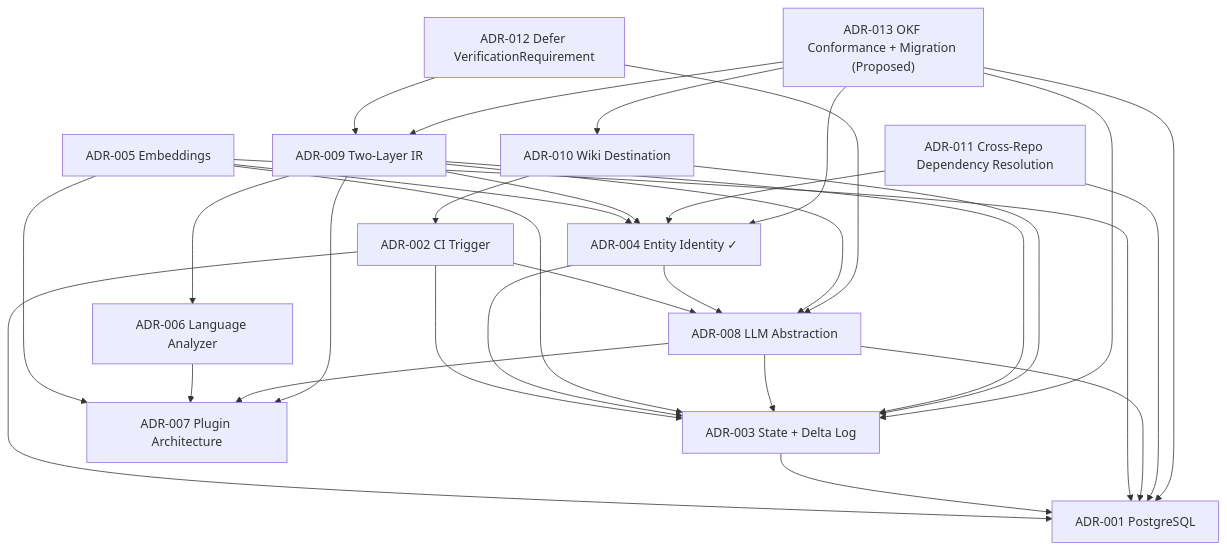
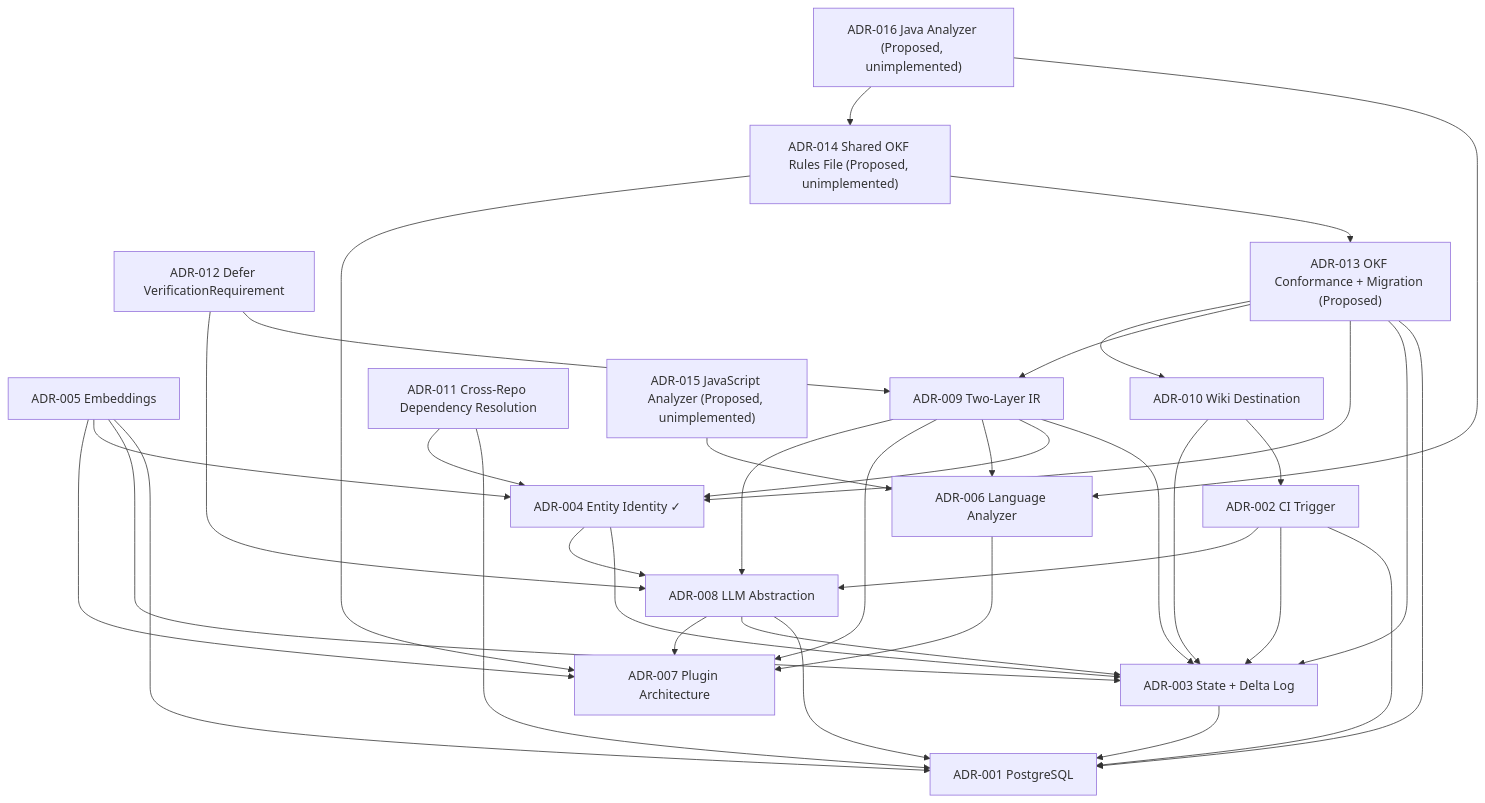
Before and after one commit to kushal-omnius/open-knowledge-compiler: the diagram in docs/decisions/index.md, drawn with Mermaid. The commit also changed other lines of this file and 6 other files, not shown here.

First line of the commit message:
Record three unimplemented ADRs: shared OKF rules file, JS/Java analyzers

````diff
--- a/docs/decisions/index.md
+++ b/docs/decisions/index.md
@@ -115,33 +139,38 @@
 ```mermaid
 graph TD
     ADR002["ADR-002 CI Trigger"] --> ADR001["ADR-001 PostgreSQL"]
     ADR002 --> ADR003["ADR-003 State + Delta Log"]
     ADR002 --> ADR008["ADR-008 LLM Abstraction"]
     ADR003 --> ADR001
     ADR004["ADR-004 Entity Identity ✓"] --> ADR003
     ADR004 --> ADR008
     ADR005["ADR-005 Embeddings"] --> ADR001
     ADR005 --> ADR003
     ADR005 --> ADR004
     ADR005 --> ADR007["ADR-007 Plugin Architecture"]
     ADR006["ADR-006 Language Analyzer"] --> ADR007
     ADR008 --> ADR001
     ADR008 --> ADR003
     ADR008 --> ADR007
     ADR009["ADR-009 Two-Layer IR"] --> ADR003
     ADR009 --> ADR004
     ADR009 --> ADR006
     ADR009 --> ADR007
     ADR009 --> ADR008
     ADR010["ADR-010 Wiki Destination"] --> ADR002
     ADR010 --> ADR003
     ADR011["ADR-011 Cross-Repo Dependency Resolution"] --> ADR001
     ADR011 --> ADR004
     ADR012["ADR-012 Defer VerificationRequirement"] --> ADR009
     ADR012 --> ADR008
     ADR013["ADR-013 OKF Conformance + Migration (Proposed)"] --> ADR001
     ADR013 --> ADR003
     ADR013 --> ADR004
     ADR013 --> ADR009
     ADR013 --> ADR010
+    ADR014["ADR-014 Shared OKF Rules File (Proposed, unimplemented)"] --> ADR013
+    ADR014 --> ADR007
+    ADR015["ADR-015 JavaScript Analyzer (Proposed, unimplemented)"] --> ADR006
+    ADR016["ADR-016 Java Analyzer (Proposed, unimplemented)"] --> ADR006
+    ADR016 --> ADR014
 ```
````
